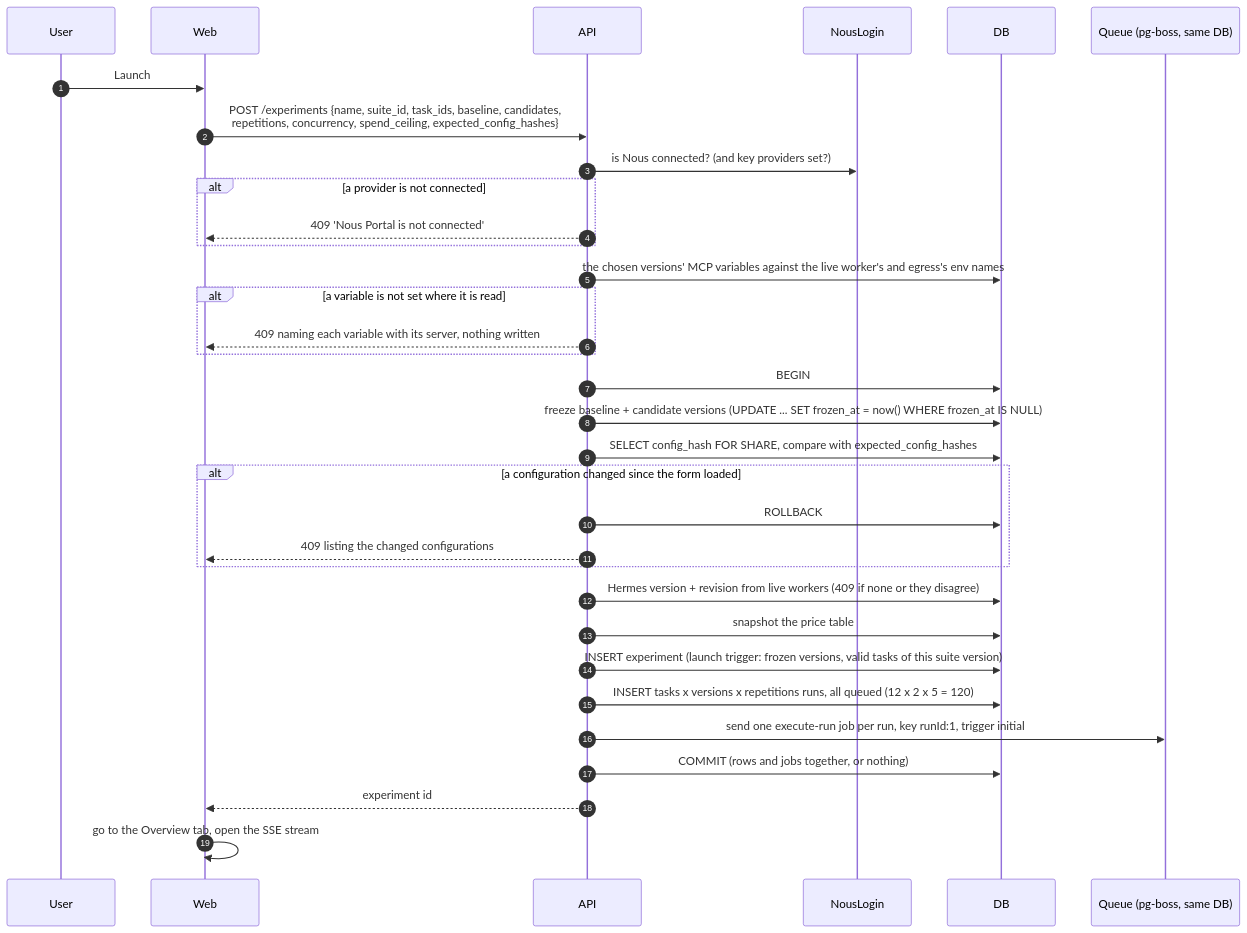
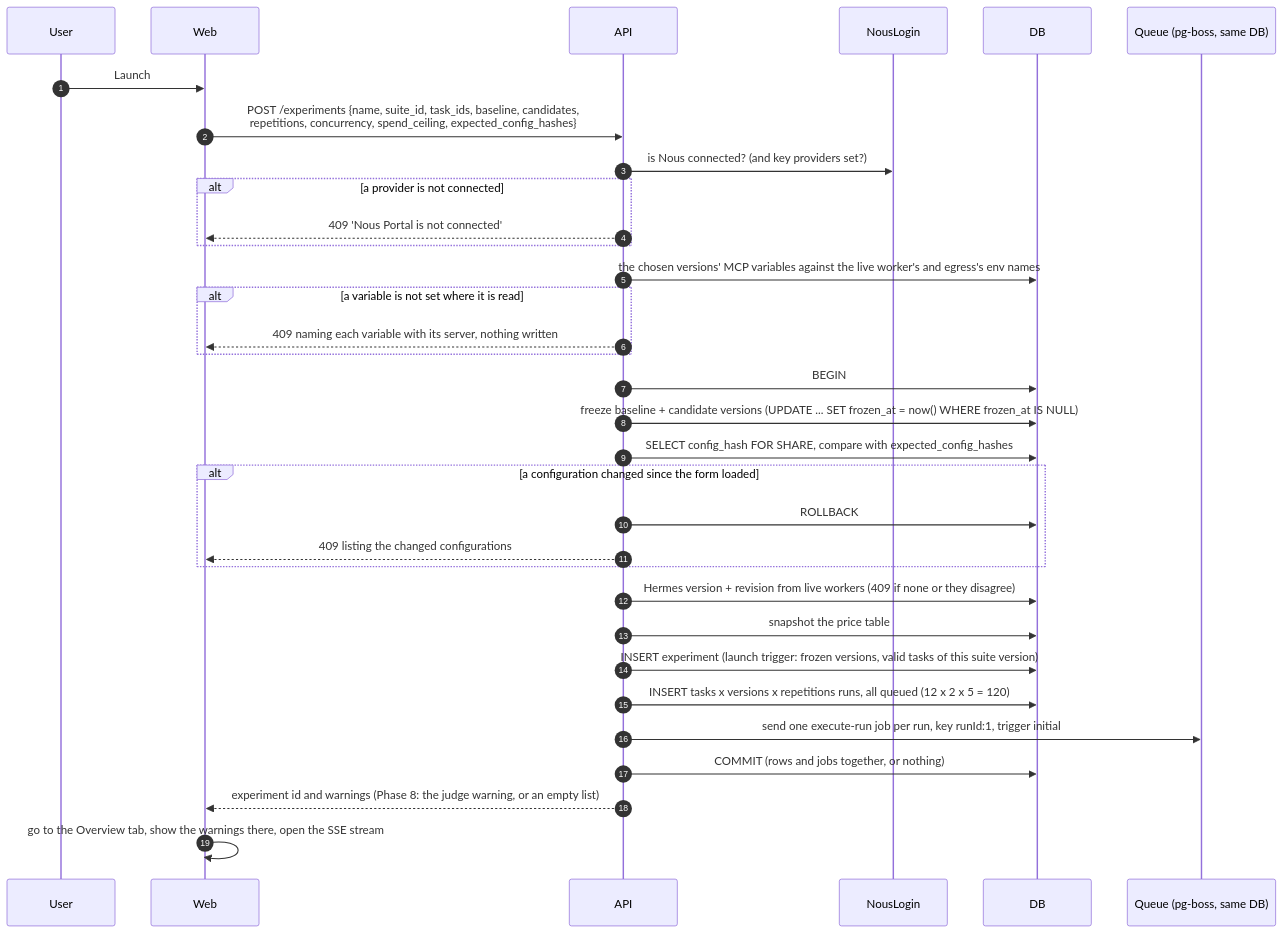
One commit to sasuke007/hermes-evals changed diagram 34 of 49 in UI_FLOWS.md. Above: the diagram before and after it, drawn with Mermaid. The commit also changed other lines of this file and 146 other files, not shown here.

````diff
--- a/UI_FLOWS.md
+++ b/UI_FLOWS.md
@@ -1189,36 +1247,36 @@
 ```mermaid
 sequenceDiagram
   autonumber
   participant U as User
   participant W as Web
   participant A as API
   participant NL as NousLogin
   participant DB as DB
   participant Q as Queue (pg-boss, same DB)
 
   U->>W: Launch
   W->>A: POST /experiments {name, suite_id, task_ids, baseline, candidates,<br/>repetitions, concurrency, spend_ceiling, expected_config_hashes}
   A->>NL: is Nous connected? (and key providers set?)
   alt a provider is not connected
     A-->>W: 409 'Nous Portal is not connected'
   end
   A->>DB: the chosen versions' MCP variables against the live worker's and egress's env names
   alt a variable is not set where it is read
     A-->>W: 409 naming each variable with its server, nothing written
   end
   A->>DB: BEGIN
   A->>DB: freeze baseline + candidate versions (UPDATE ... SET frozen_at = now() WHERE frozen_at IS NULL)
   A->>DB: SELECT config_hash FOR SHARE, compare with expected_config_hashes
   alt a configuration changed since the form loaded
     A->>DB: ROLLBACK
     A-->>W: 409 listing the changed configurations
   end
   A->>DB: Hermes version + revision from live workers (409 if none or they disagree)
   A->>DB: snapshot the price table
   A->>DB: INSERT experiment (launch trigger: frozen versions, valid tasks of this suite version)
   A->>DB: INSERT tasks x versions x repetitions runs, all queued (12 x 2 x 5 = 120)
   A->>Q: send one execute-run job per run, key runId:1, trigger initial
   A->>DB: COMMIT (rows and jobs together, or nothing)
-  A-->>W: experiment id
-  W->>W: go to the Overview tab, open the SSE stream
+  A-->>W: experiment id and warnings (Phase 8: the judge warning, or an empty list)
+  W->>W: go to the Overview tab, show the warnings there, open the SSE stream
 ```
````
